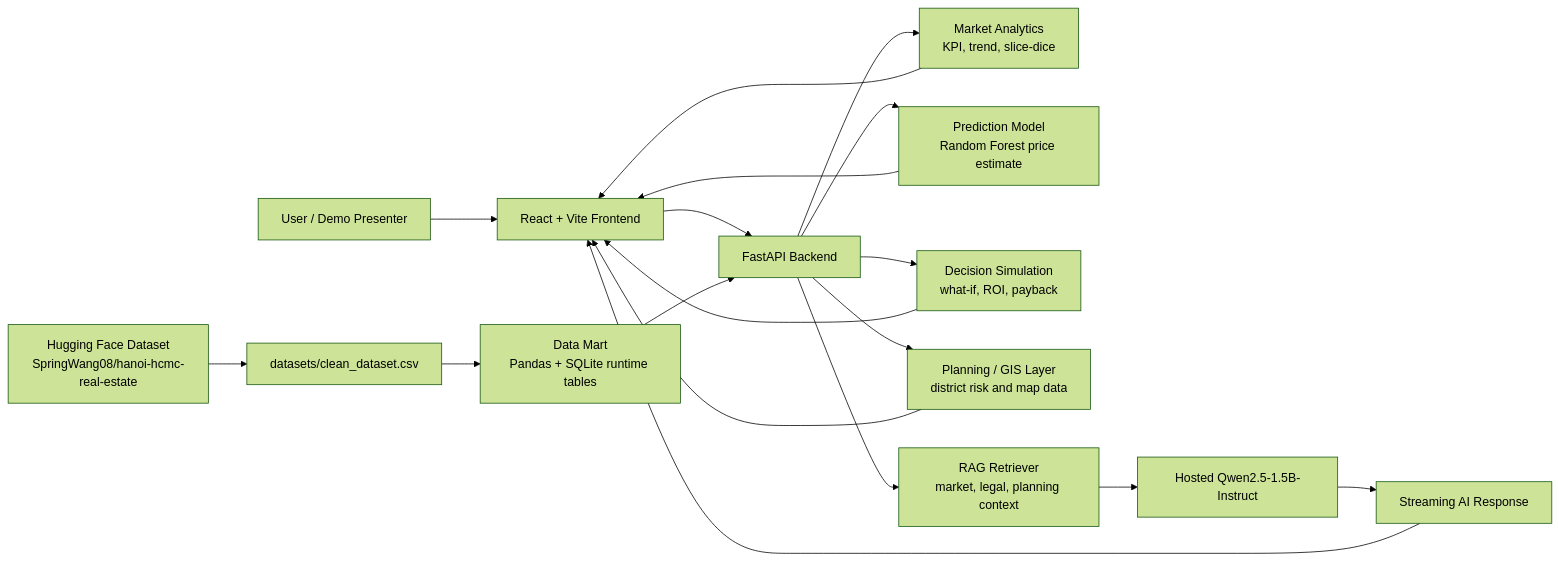
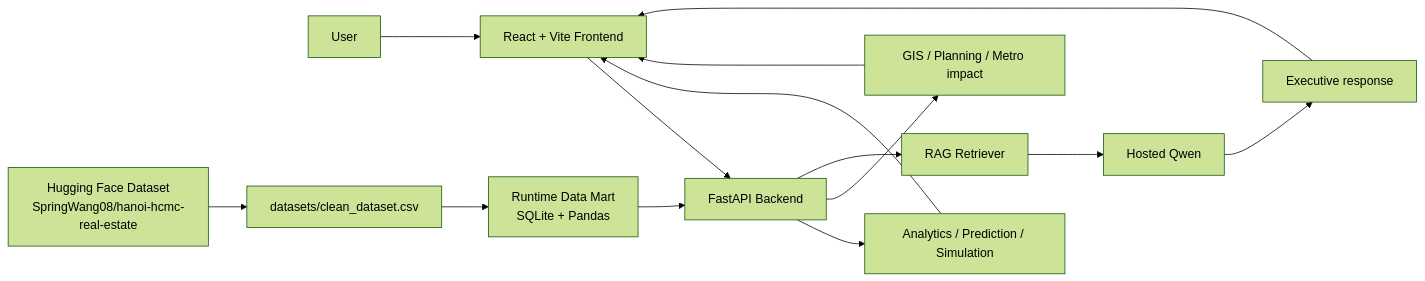
One commit to QuangVoAI/PropertyVision changed the diagram in README.md. Above: the diagram before and after it, drawn with Mermaid (forest theme). The commit also changed other lines of this file and 2 other files, not shown here.

Commit message:
refine docs and metro data

````diff
--- a/README.md
+++ b/README.md
@@ -39,23 +17,19 @@
 ```mermaid
 flowchart LR
-    user["User / Demo Presenter"] --> ui["React + Vite Frontend"]
-    ui --> api["FastAPI Backend"]
+    U[User] --> F[React + Vite Frontend]
+    F --> B[FastAPI Backend]
 
-    hfdata["Hugging Face Dataset<br/>SpringWang08/hanoi-hcmc-real-estate"] --> localcsv["datasets/clean_dataset.csv"]
-    localcsv --> mart["Data Mart<br/>Pandas + SQLite runtime tables"]
-    mart --> api
+    HF[Hugging Face Dataset<br/>SpringWang08/hanoi-hcmc-real-estate] --> D[datasets/clean_dataset.csv]
+    D --> M[Runtime Data Mart<br/>SQLite + Pandas]
+    M --> B
 
-    api --> analytics["Market Analytics<br/>KPI, trend, slice-dice"]
-    api --> ml["Prediction Model<br/>Random Forest price estimate"]
-    api --> sim["Decision Simulation<br/>what-if, ROI, payback"]
-    api --> gis["Planning / GIS Layer<br/>district risk and map data"]
-    api --> rag["RAG Retriever<br/>market, legal, planning context"]
-    rag --> qwen["Hosted Qwen2.5-1.5B-Instruct"]
-    qwen --> stream["Streaming AI Response"]
+    B --> A[Analytics / Prediction / Simulation]
+    B --> G[GIS / Planning / Metro impact]
+    B --> R[RAG Retriever]
+    R --> Q[Hosted Qwen]
+    Q --> O[Executive response]
 
-    analytics --> ui
-    ml --> ui
-    sim --> ui
-    gis --> ui
-    stream --> ui
+    A --> F
+    G --> F
+    O --> F
 ```
````
